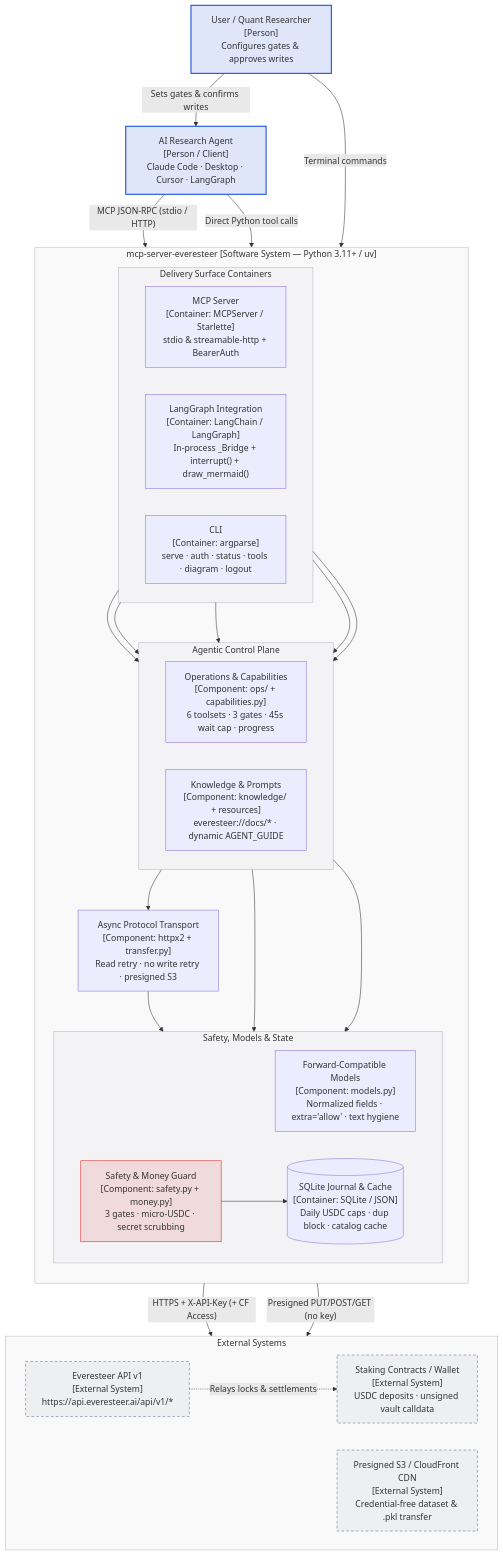
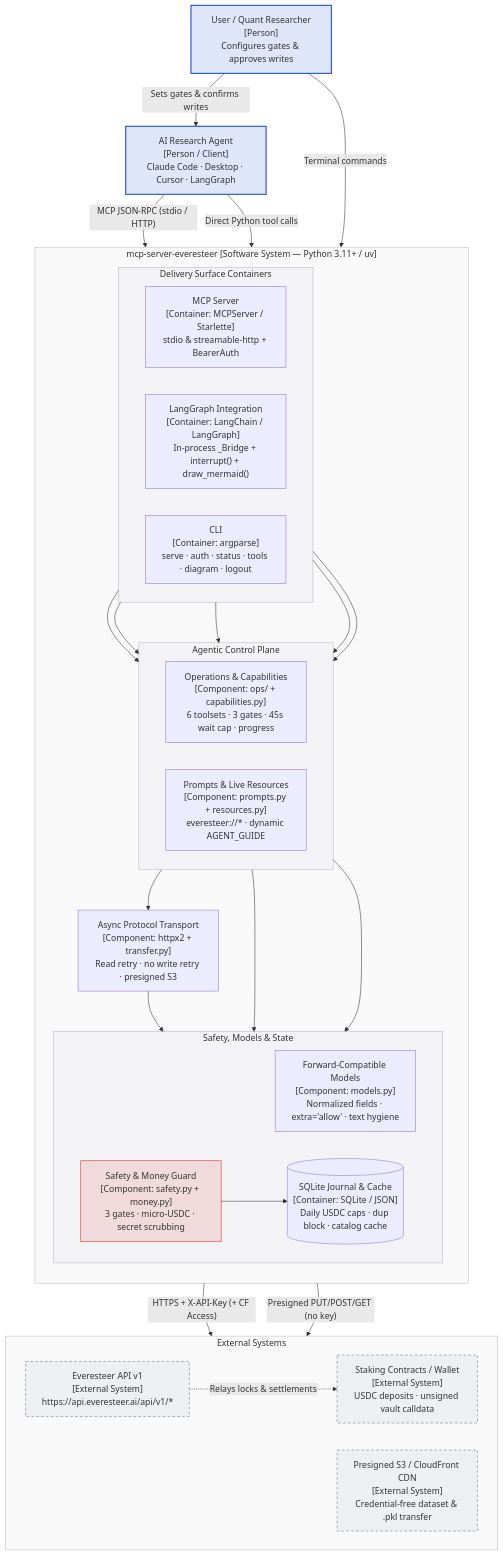
One commit to tukorama/mcp-server-everesteer changed the first of 4 diagrams in README.md. Above: the diagram before and after it, drawn with Mermaid. The commit also changed other lines of this file and 30 other files, not shown here.

Commit message:
feat: upgrade to staking v2, add live API conveniences, and drop static knowledge docs

````diff
--- a/README.md
+++ b/README.md
@@ -26,68 +26,68 @@
 ```mermaid
 flowchart TB
     user["User / Quant Researcher<br/>[Person]<br/>Configures gates & approves writes"]
     agent["AI Research Agent<br/>[Person / Client]<br/>Claude Code · Desktop · Cursor · LangGraph"]
 
     subgraph boundary["mcp-server-everesteer [Software System — Python 3.11+ / uv]"]
         direction TB
 
         subgraph c_surface["Delivery Surface Containers"]
             direction LR
             mcp_srv["MCP Server<br/>[Container: MCPServer / Starlette]<br/>stdio & streamable-http + BearerAuth"]
             lg_int["LangGraph Integration<br/>[Container: LangChain / LangGraph]<br/>In-process _Bridge + interrupt() + draw_mermaid()"]
             cli_app["CLI<br/>[Container: argparse]<br/>serve · auth · status · tools · diagram · logout"]
         end
 
         subgraph c_core["Agentic Control Plane"]
             direction LR
             ops_eng["Operations & Capabilities<br/>[Component: ops/ + capabilities.py]<br/>6 toolsets · 3 gates · 45s wait cap · progress"]
-            know["Knowledge & Prompts<br/>[Component: knowledge/ + resources]<br/>everesteer://docs/* · dynamic AGENT_GUIDE"]
+            know["Prompts & Live Resources<br/>[Component: prompts.py + resources.py]<br/>everesteer://* · dynamic AGENT_GUIDE"]
         end
 
         subgraph c_guard["Safety, Models & State"]
             direction LR
             models["Forward-Compatible Models<br/>[Component: models.py]<br/>Normalized fields · extra='allow' · text hygiene"]
             safety["Safety & Money Guard<br/>[Component: safety.py + money.py]<br/>3 gates · micro-USDC · secret scrubbing"]
             journal[("SQLite Journal & Cache<br/>[Container: SQLite / JSON]<br/>Daily USDC caps · dup block · catalog cache")]
         end
 
         transport["Async Protocol Transport<br/>[Component: httpx2 + transfer.py]<br/>Read retry · no write retry · presigned S3"]
     end
 
     subgraph ext["External Systems"]
         direction LR
         api["Everesteer API v1<br/>[External System]<br/>https://api.everesteer.ai/api/v1/*"]
         cdn["Presigned S3 / CloudFront CDN<br/>[External System]<br/>Credential-free dataset & .pkl transfer"]
         chain["Staking Contracts / Wallet<br/>[External System]<br/>USDC deposits · unsigned vault calldata"]
     end
 
     user -- "Sets gates & confirms writes" --> agent
     agent -- "MCP JSON-RPC (stdio / HTTP)" --> mcp_srv
     agent -- "Direct Python tool calls" --> lg_int
     user -- "Terminal commands" --> cli_app
 
     mcp_srv --> ops_eng
     mcp_srv --> know
     lg_int --> ops_eng
     lg_int --> know
     cli_app --> ops_eng
 
     ops_eng --> models
     ops_eng --> safety
     ops_eng --> transport
     safety --> journal
     transport --> journal
 
     transport -- "HTTPS + X-API-Key (+ CF Access)" --> api
     transport -- "Presigned PUT/POST/GET (no key)" --> cdn
     api -. "Relays locks & settlements" .-> chain
 
     classDef person fill:#1d4ed8,fill-opacity:0.14,stroke:#1d4ed8,stroke-width:2px
     classDef external fill:#64748b,fill-opacity:0.08,stroke:#64748b,stroke-dasharray:5 4
     classDef guard fill:#dc2626,fill-opacity:0.12,stroke:#dc2626
     classDef box fill:#64748b,fill-opacity:0.04,stroke:#64748b,stroke-opacity:0.45
     class user,agent person
     class api,cdn,chain external
     class safety guard
     class boundary,c_surface,c_core,c_guard,ext box
 ```
````
